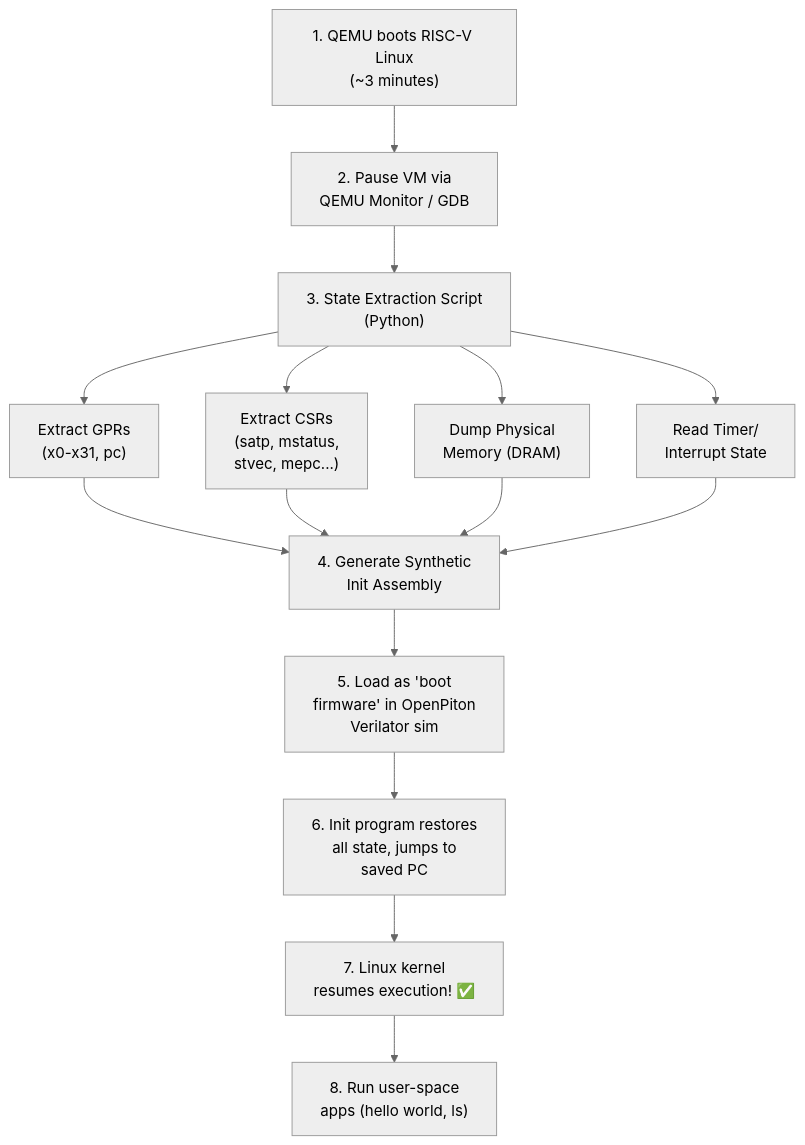
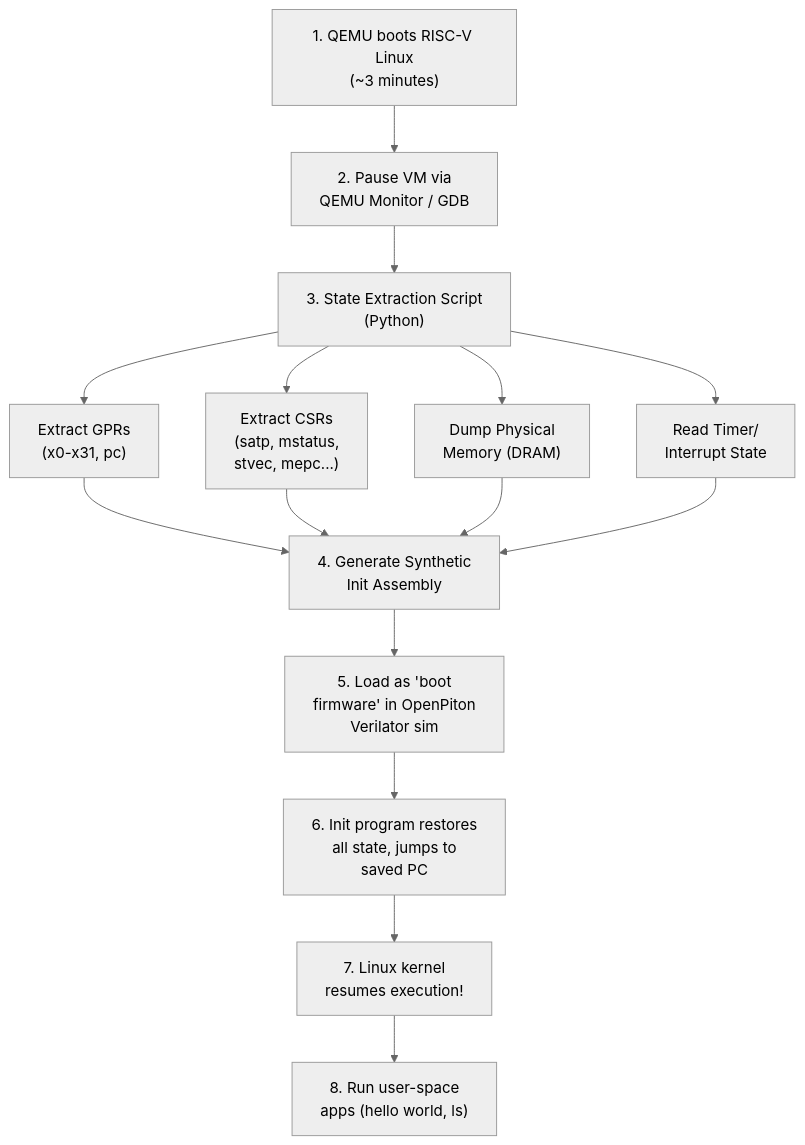
Before and after one commit to radheshyam2006/gsoc26-minimumlinuxboot: the fourth of 8 diagrams in docs/proposal_draft.md, drawn with Mermaid (neutral theme). The commit also changed other lines of this file, not shown here.

````diff
--- a/docs/proposal_draft.md
+++ b/docs/proposal_draft.md
@@ -77,19 +106,19 @@
 ```mermaid
 flowchart TD
     A["1. QEMU boots RISC-V Linux<br/>(~3 minutes)"] --> B["2. Pause VM via<br/>QEMU Monitor / GDB"]
     B --> C["3. State Extraction Script<br/>(Python)"]
     C --> D["Extract GPRs<br/>(x0-x31, pc)"]
     C --> E["Extract CSRs<br/>(satp, mstatus,<br/>stvec, mepc...)"]
     C --> F["Dump Physical<br/>Memory (DRAM)"]
     C --> G["Read Timer/<br/>Interrupt State"]
     
     D --> H["4. Generate Synthetic<br/>Init Assembly"]
     E --> H
     F --> H
     G --> H
     
     H --> I["5. Load as 'boot<br/>firmware' in OpenPiton<br/>Verilator sim"]
     I --> J["6. Init program restores<br/>all state, jumps to<br/>saved PC"]
-    J --> K["7. Linux kernel<br/>resumes execution! ✅"]
+    J --> K["7. Linux kernel<br/>resumes execution!"]
     K --> L["8. Run user-space<br/>apps (hello world, ls)"]
 ```
````
